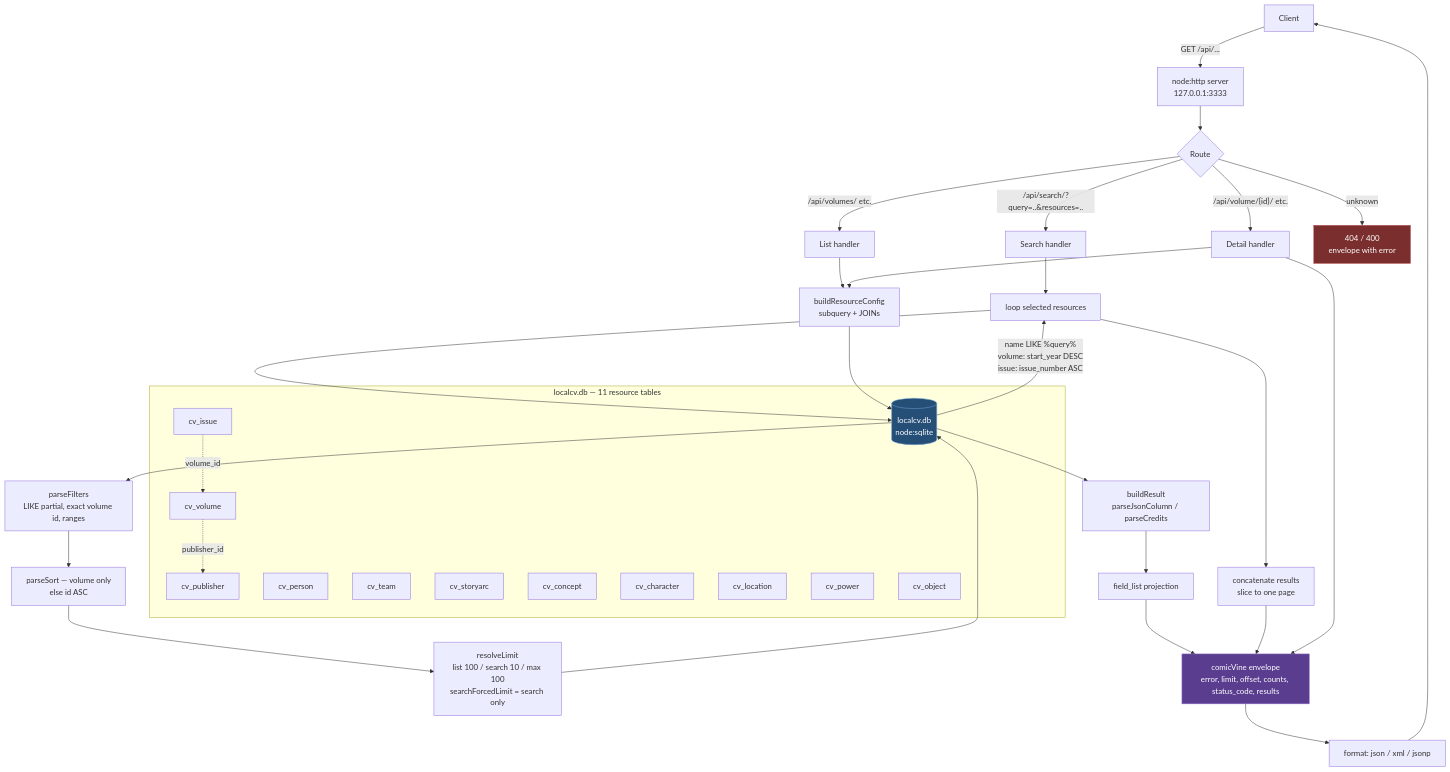
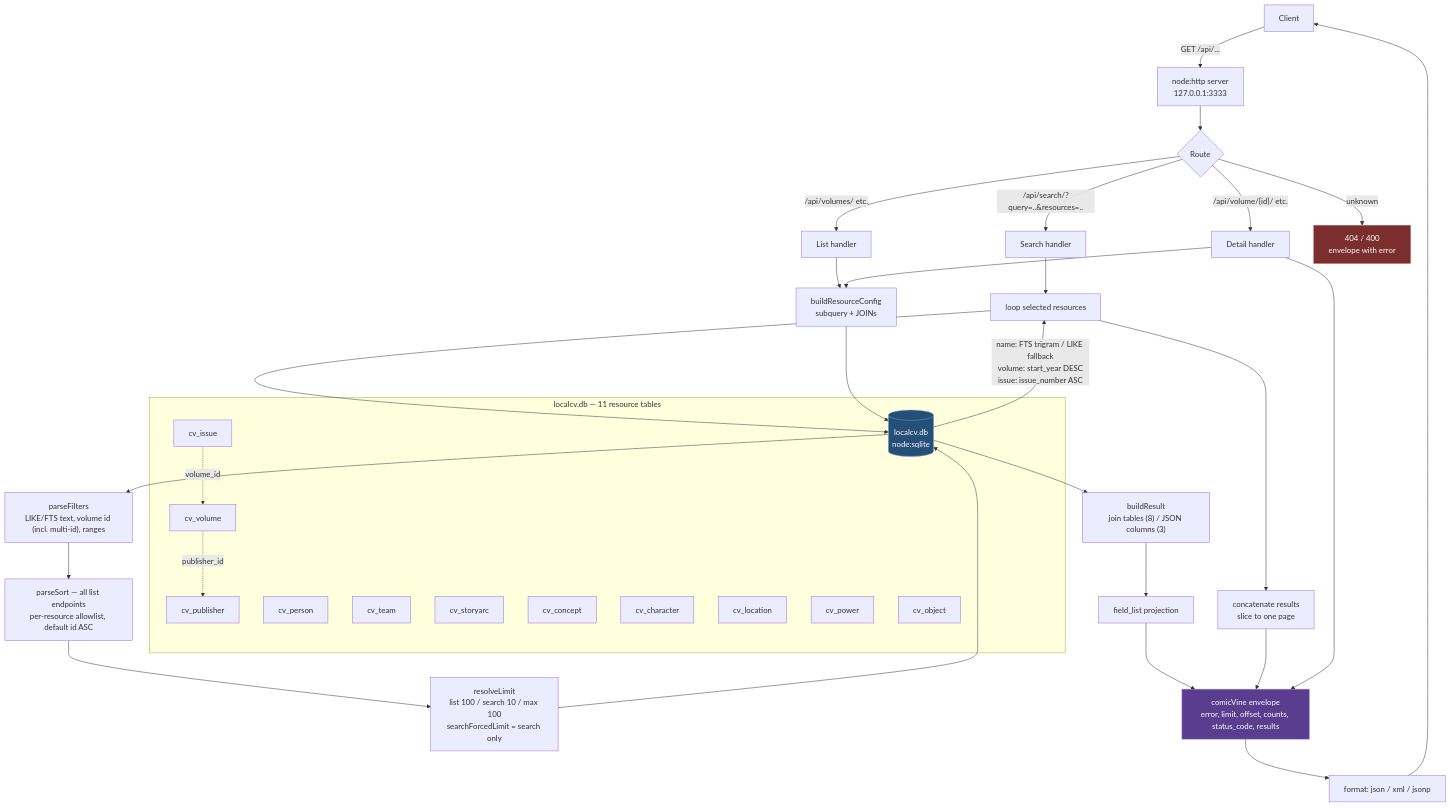
One commit to javabits-github/local-comicvine-api changed the first of 3 diagrams in docs/architecture.md. Above: the diagram before and after it, drawn with Mermaid. The commit also changed other lines of this file, not shown here.

First line of the commit message:
docs: fix stale server-flow labels; add required ER relationship labels

````diff
--- a/docs/architecture.md
+++ b/docs/architecture.md
@@ -5,52 +5,52 @@
 ```mermaid
 flowchart TB
     C[Client] -->|GET /api/...| S[node:http server<br/>127.0.0.1:3333]
 
     S --> R{"Route"}
     R -->|/api/search/?query=..&resources=..| SE[Search handler]
     R -->|/api/volumes/ etc.| LE[List handler]
     R -->|"/api/volume/{id}/ etc."| DE["Detail handler"]
     R -->|unknown| NF[404 / 400<br/>envelope with error]
 
     SE --> LO[loop selected resources]
     LO --> Q[(localcv.db<br/>node:sqlite)]
-    Q -->|name LIKE %query%<br/>volume: start_year DESC<br/>issue: issue_number ASC| LO
+    Q -->|"name: FTS trigram / LIKE fallback<br/>volume: start_year DESC<br/>issue: issue_number ASC"| LO
     LO --> CAT[concatenate results<br/>slice to one page]
 
     LE --> CFG[buildResourceConfig<br/>subquery + JOINs]
     DE --> CFG
     CFG --> Q
-    Q --> F[parseFilters<br/>LIKE partial, exact volume id, ranges]
-    F --> SO[parseSort — volume only<br/>else id ASC]
+    Q --> F["parseFilters<br/>LIKE/FTS text, volume id (incl. multi-id), ranges"]
+    F --> SO[parseSort — all list endpoints<br/>per-resource allowlist, default id ASC]
     SO --> L[resolveLimit<br/>list 100 / search 10 / max 100<br/>searchForcedLimit = search only]
     L --> Q
 
-    Q --> B[buildResult<br/>parseJsonColumn / parseCredits]
+    Q --> B["buildResult<br/>join tables (8) / JSON columns (3)"]
     B --> FL[field_list projection]
     FL --> EN[comicVine envelope<br/>error, limit, offset, counts, status_code, results]
     CAT --> EN
     DE --> EN
     EN --> FM[format: json / xml / jsonp]
     FM --> C
 
     subgraph DB [localcv.db — 11 resource tables]
         Q
         PUB[cv_publisher]
         VOL[cv_volume]
         ISS[cv_issue]
         PER[cv_person]
         TEAM[cv_team]
         ARC[cv_storyarc]
         CON[cv_concept]
         CHAR[cv_character]
         LOC[cv_location]
         POW[cv_power]
         OBJ[cv_object]
         VOL -. publisher_id .-> PUB
         ISS -. volume_id .-> VOL
     end
 
     style Q fill:#264f78,stroke:#6ea1d6,color:#fff
     style EN fill:#5a3d8f,stroke:#9b7fd4,color:#fff
     style NF fill:#7a2e2e,stroke:#c06060,color:#fff
 ```
````
